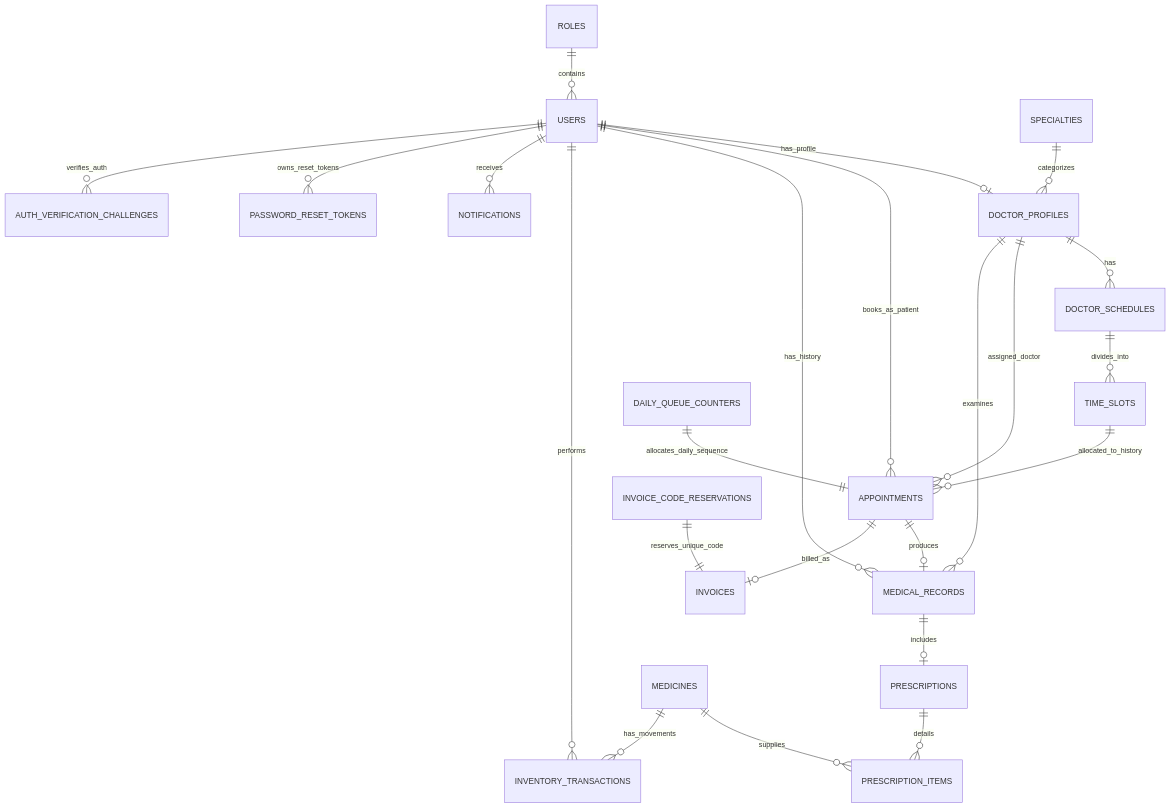
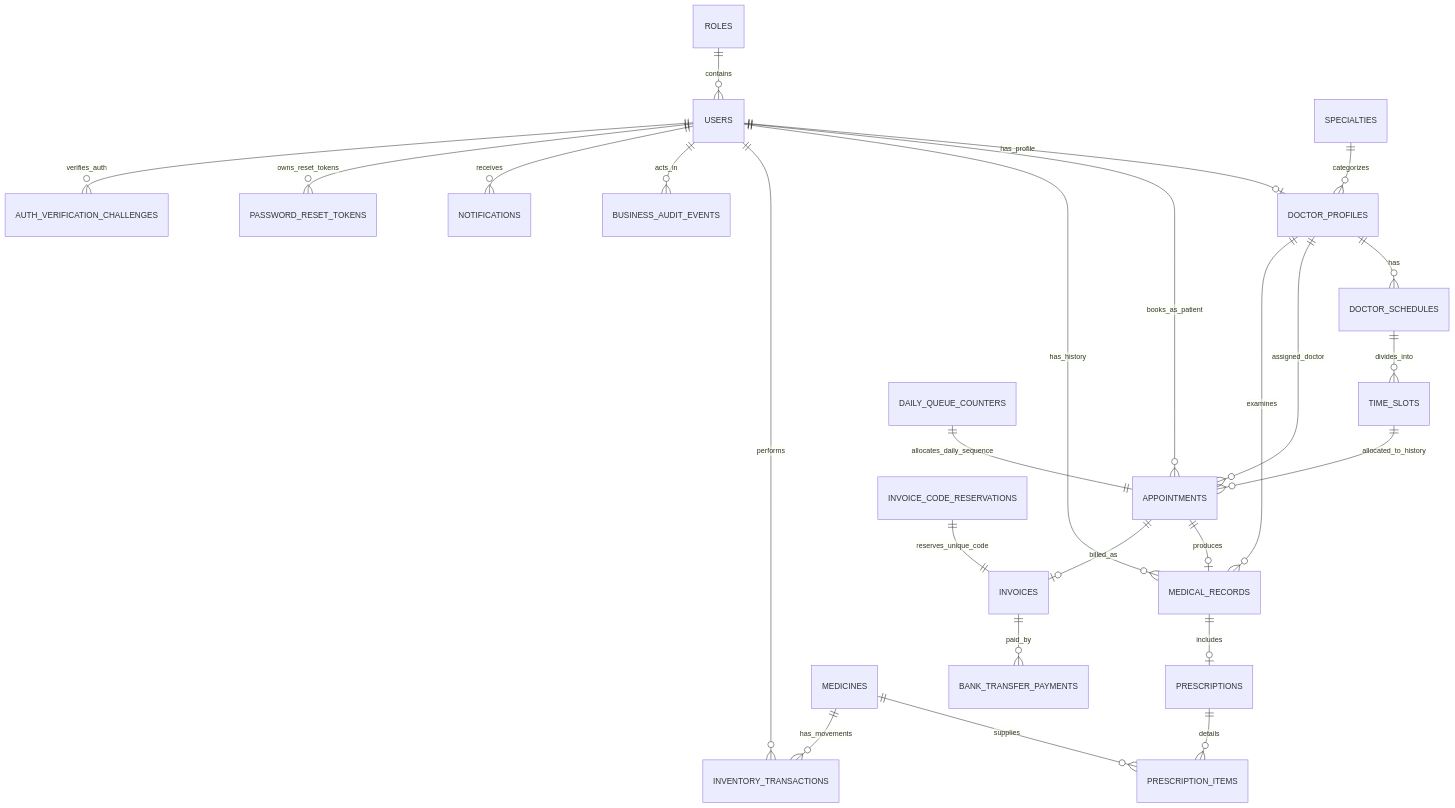
Before and after one commit to tranducanhyn99-prog/medclinic-system: the diagram in docs/03_DATABASE_DESIGN_3NF.md, drawn with Mermaid. The commit also changed other lines of this file and 68 other files, not shown here.

Commit message:
feat: add audited bank payments and p2 hardening

````diff
--- a/docs/03_DATABASE_DESIGN_3NF.md
+++ b/docs/03_DATABASE_DESIGN_3NF.md
@@ -10,29 +10,31 @@
 ```mermaid
 erDiagram
     ROLES ||--o{ USERS : "contains"
     USERS ||--o| DOCTOR_PROFILES : "has_profile"
     SPECIALTIES ||--o{ DOCTOR_PROFILES : "categorizes"
     DOCTOR_PROFILES ||--o{ DOCTOR_SCHEDULES : "has"
     DOCTOR_SCHEDULES ||--o{ TIME_SLOTS : "divides_into"
 
     USERS ||--o{ APPOINTMENTS : "books_as_patient"
     DOCTOR_PROFILES ||--o{ APPOINTMENTS : "assigned_doctor"
     TIME_SLOTS ||--o{ APPOINTMENTS : "allocated_to_history"
 
     APPOINTMENTS ||--o| MEDICAL_RECORDS : "produces"
     DOCTOR_PROFILES ||--o{ MEDICAL_RECORDS : "examines"
     USERS ||--o{ MEDICAL_RECORDS : "has_history"
 
     MEDICAL_RECORDS ||--o| PRESCRIPTIONS : "includes"
     PRESCRIPTIONS ||--o{ PRESCRIPTION_ITEMS : "details"
     MEDICINES ||--o{ PRESCRIPTION_ITEMS : "supplies"
     MEDICINES ||--o{ INVENTORY_TRANSACTIONS : "has_movements"
     USERS ||--o{ INVENTORY_TRANSACTIONS : "performs"
 
     APPOINTMENTS ||--o| INVOICES : "billed_as"
+    INVOICES ||--o{ BANK_TRANSFER_PAYMENTS : "paid_by"
+    USERS ||--o{ BUSINESS_AUDIT_EVENTS : "acts_in"
     DAILY_QUEUE_COUNTERS ||--|| APPOINTMENTS : "allocates_daily_sequence"
     INVOICE_CODE_RESERVATIONS ||--|| INVOICES : "reserves_unique_code"
     USERS ||--o{ NOTIFICATIONS : "receives"
     USERS ||--o{ PASSWORD_RESET_TOKENS : "owns_reset_tokens"
     USERS ||--o{ AUTH_VERIFICATION_CHALLENGES : "verifies_auth"
 ```
````
